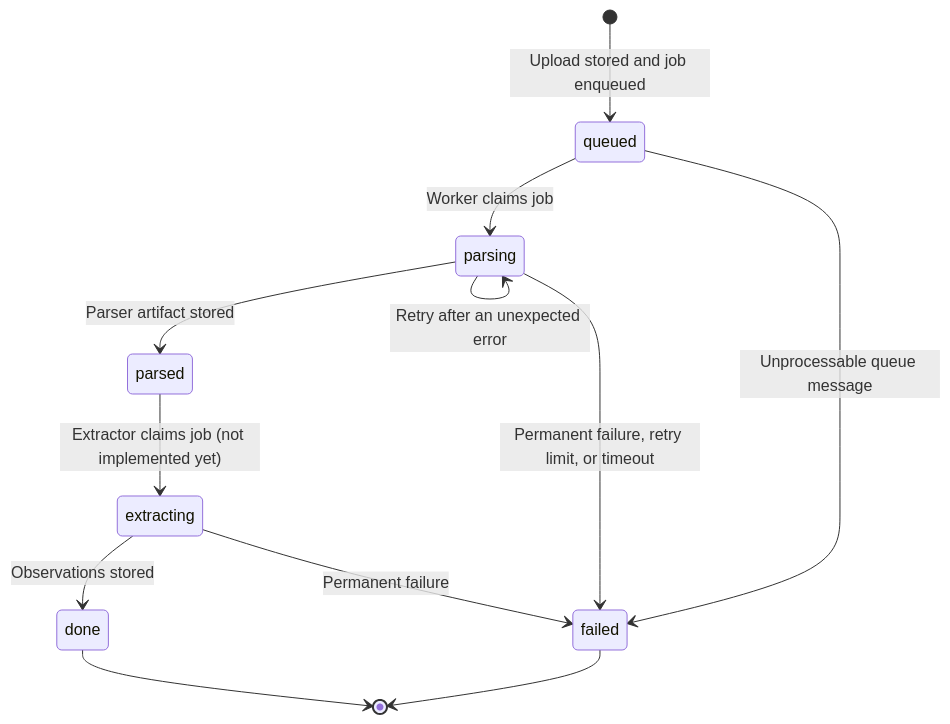
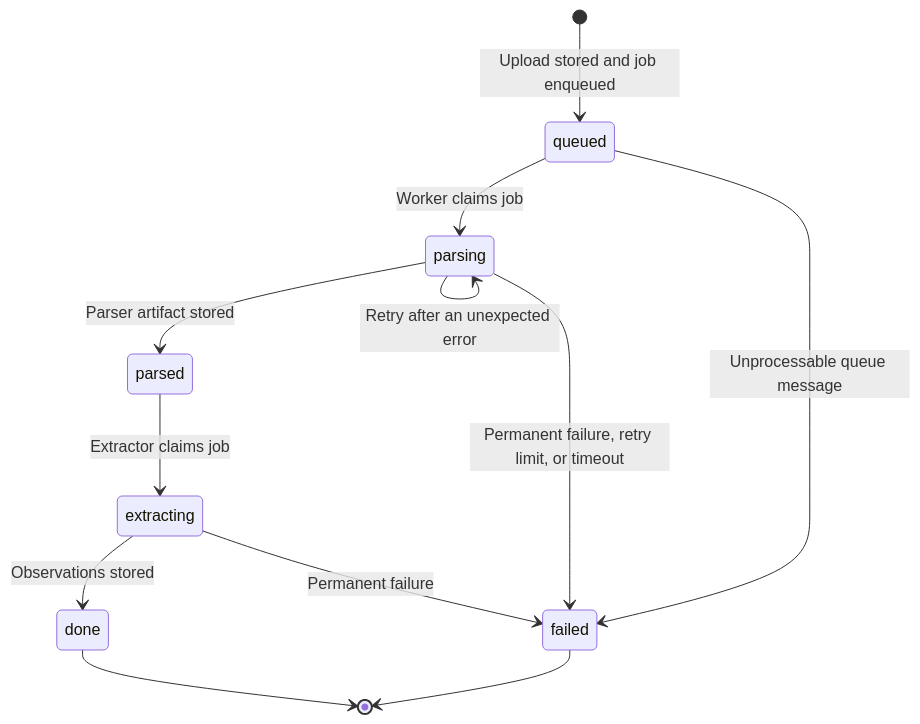
The third of 4 diagrams in docs/architecture.md (BioParser/BioParser), drawn with Mermaid before and after one commit. The commit also changed other lines of this file and 41 other files, not shown here.

````diff
--- a/docs/architecture.md
+++ b/docs/architecture.md
@@ -153,14 +153,14 @@
 ```mermaid
 stateDiagram-v2
     [*] --> queued: Upload stored and job enqueued
     queued --> parsing: Worker claims job
     queued --> failed: Unprocessable queue message
     parsing --> parsed: Parser artifact stored
     parsing --> parsing: Retry after an unexpected error
     parsing --> failed: Permanent failure, retry limit, or timeout
-    parsed --> extracting: Extractor claims job (not implemented yet)
+    parsed --> extracting: Extractor claims job
     extracting --> done: Observations stored
     extracting --> failed: Permanent failure
     done --> [*]
     failed --> [*]
 ```
````
